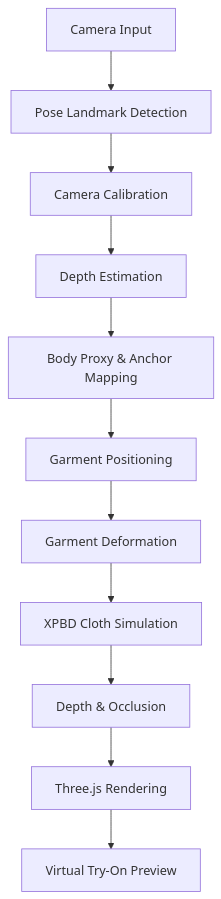
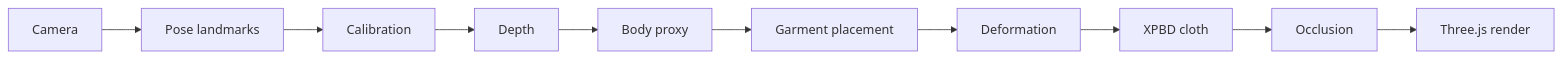
Before and after one commit to Soham-Pasalkar/Drape: the second of 2 diagrams in README.md, drawn with Mermaid. The commit also changed other lines of this file, not shown here.

````diff
--- a/README.md
+++ b/README.md
@@ -219,13 +164,5 @@
 ```mermaid
-flowchart TD
-    A["Camera Input"] --> B["Pose Landmark Detection"]
-    B --> C["Camera Calibration"]
-    C --> D["Depth Estimation"]
-    D --> E["Body Proxy & Anchor Mapping"]
-    E --> F["Garment Positioning"]
-    F --> G["Garment Deformation"]
-    G --> H["XPBD Cloth Simulation"]
-    H --> I["Depth & Occlusion"]
-    I --> J["Three.js Rendering"]
-    J --> K["Virtual Try-On Preview"]
+flowchart LR
+    A["Camera"] --> B["Pose landmarks"] --> C["Calibration"] --> D["Depth"] --> E["Body proxy"]
+    E --> F["Garment placement"] --> G["Deformation"] --> H["XPBD cloth"] --> I["Occlusion"] --> J["Three.js render"]
 ```
````
